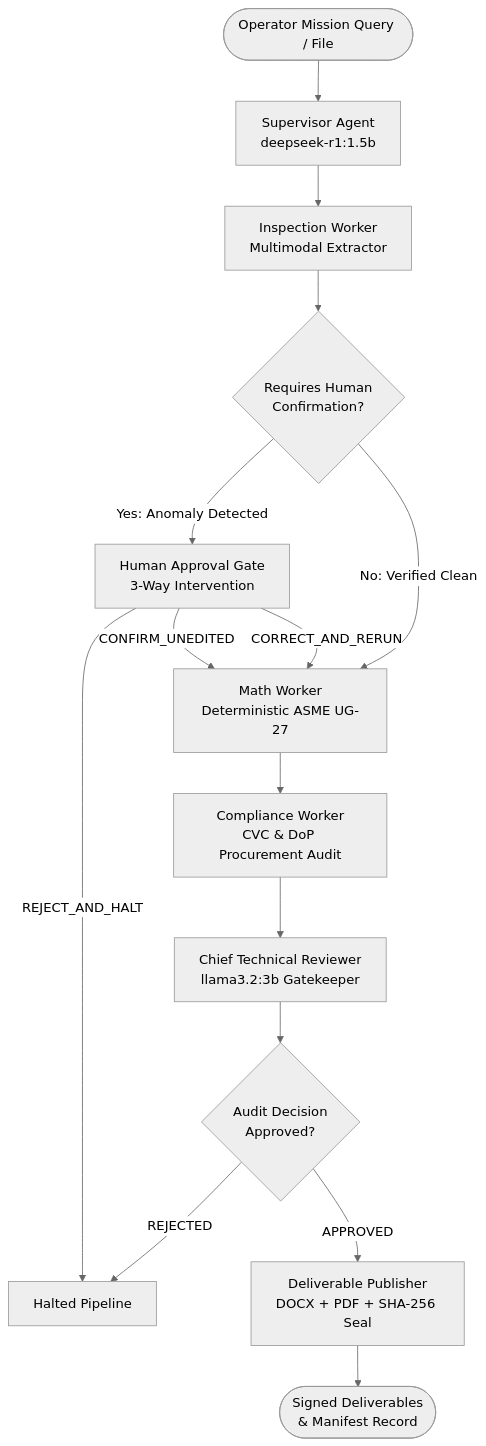
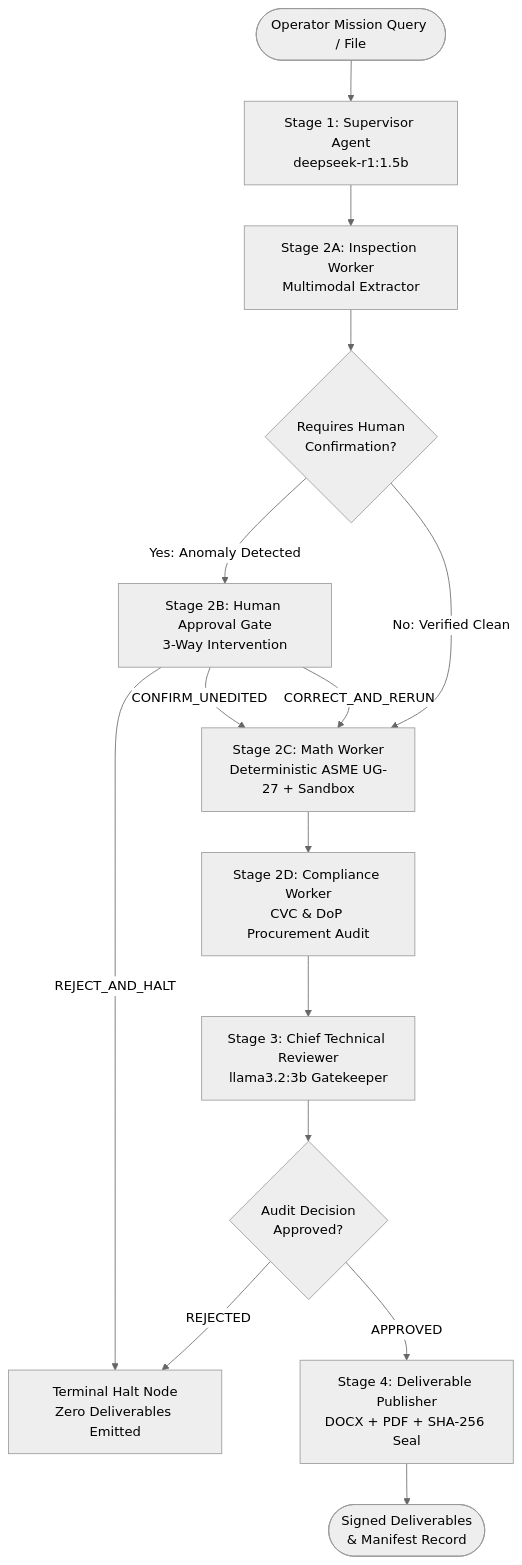
One commit to Shivanshvyas1729/AegisForge-AI changed the second of 2 diagrams in README.md. Above: the diagram before and after it, drawn with Mermaid (neutral theme). The commit also changed other lines of this file and 11 other files, not shown here.

````diff
--- a/README.md
+++ b/README.md
@@ -33,20 +96,20 @@
 ```mermaid
 graph TD
-    User([Operator Mission Query / File]) --> Supervisor[Supervisor Agent<br/>deepseek-r1:1.5b]
-    Supervisor --> InspectionWorker[Inspection Worker<br/>Multimodal Extractor]
+    User([Operator Mission Query / File]) --> Supervisor[Stage 1: Supervisor Agent<br/>deepseek-r1:1.5b]
+    Supervisor --> InspectionWorker[Stage 2A: Inspection Worker<br/>Multimodal Extractor]
     InspectionWorker --> CheckAnomaly{Requires Human<br/>Confirmation?}
     
-    CheckAnomaly -- Yes: Anomaly Detected --> HumanGate[Human Approval Gate<br/>3-Way Intervention]
-    HumanGate -- REJECT_AND_HALT --> HaltNode[Halted Pipeline]
+    CheckAnomaly -- Yes: Anomaly Detected --> HumanGate[Stage 2B: Human Approval Gate<br/>3-Way Intervention]
+    HumanGate -- REJECT_AND_HALT --> HaltNode[Terminal Halt Node<br/>Zero Deliverables Emitted]
     HumanGate -- CONFIRM_UNEDITED --> MathWorker
     HumanGate -- CORRECT_AND_RERUN --> MathWorker
     
-    CheckAnomaly -- No: Verified Clean --> MathWorker[Math Worker<br/>Deterministic ASME UG-27]
-    MathWorker --> ComplianceWorker[Compliance Worker<br/>CVC & DoP Procurement Audit]
-    ComplianceWorker --> ChiefReviewer[Chief Technical Reviewer<br/>llama3.2:3b Gatekeeper]
+    CheckAnomaly -- No: Verified Clean --> MathWorker[Stage 2C: Math Worker<br/>Deterministic ASME UG-27 + Sandbox]
+    MathWorker --> ComplianceWorker[Stage 2D: Compliance Worker<br/>CVC & DoP Procurement Audit]
+    ComplianceWorker --> ChiefReviewer[Stage 3: Chief Technical Reviewer<br/>llama3.2:3b Gatekeeper]
     
     ChiefReviewer --> ReviewPassed{Audit Decision<br/>Approved?}
     ReviewPassed -- REJECTED --> HaltNode
-    ReviewPassed -- APPROVED --> PublisherAgent[Deliverable Publisher<br/>DOCX + PDF + SHA-256 Seal]
+    ReviewPassed -- APPROVED --> PublisherAgent[Stage 4: Deliverable Publisher<br/>DOCX + PDF + SHA-256 Seal]
     PublisherAgent --> PublishedDeliverables([Signed Deliverables<br/>& Manifest Record])
 ```
````
